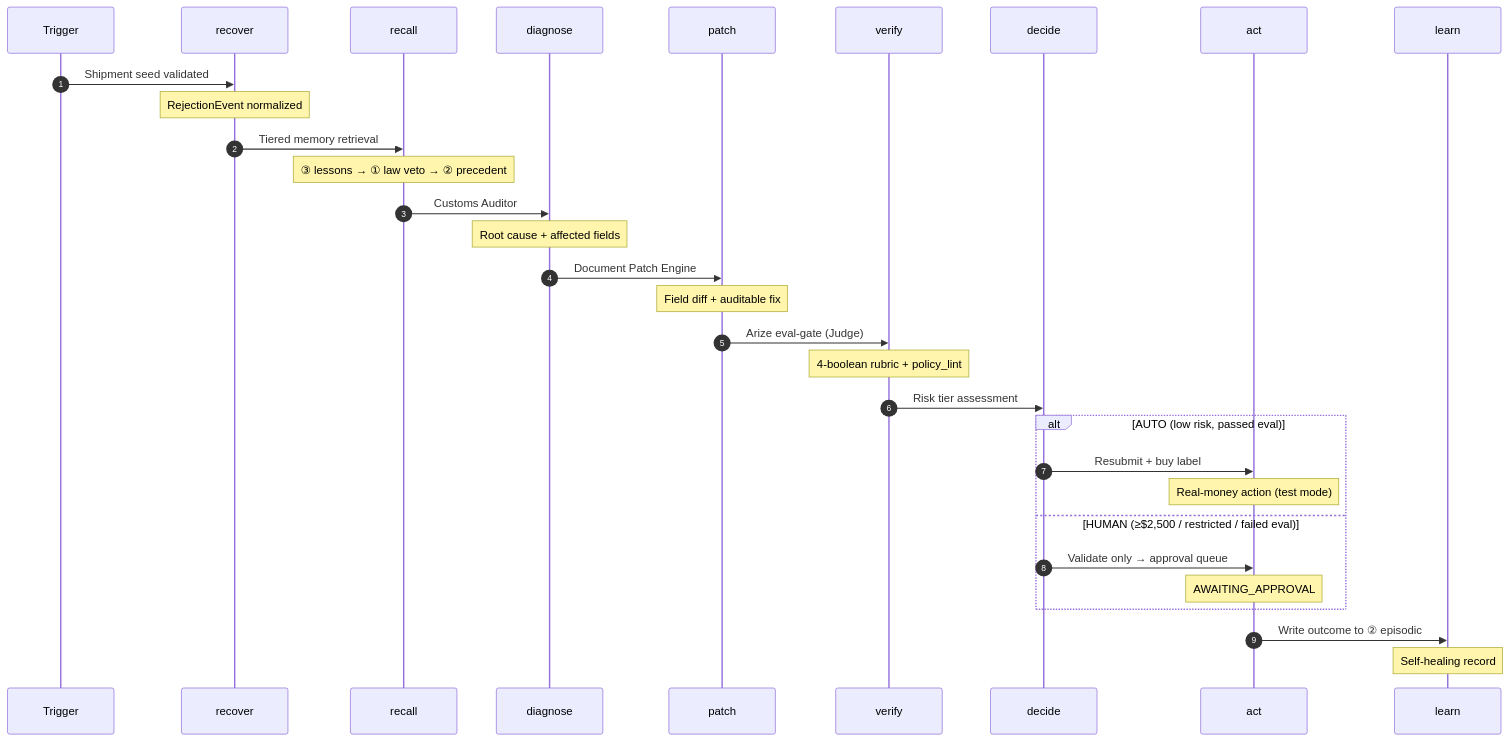
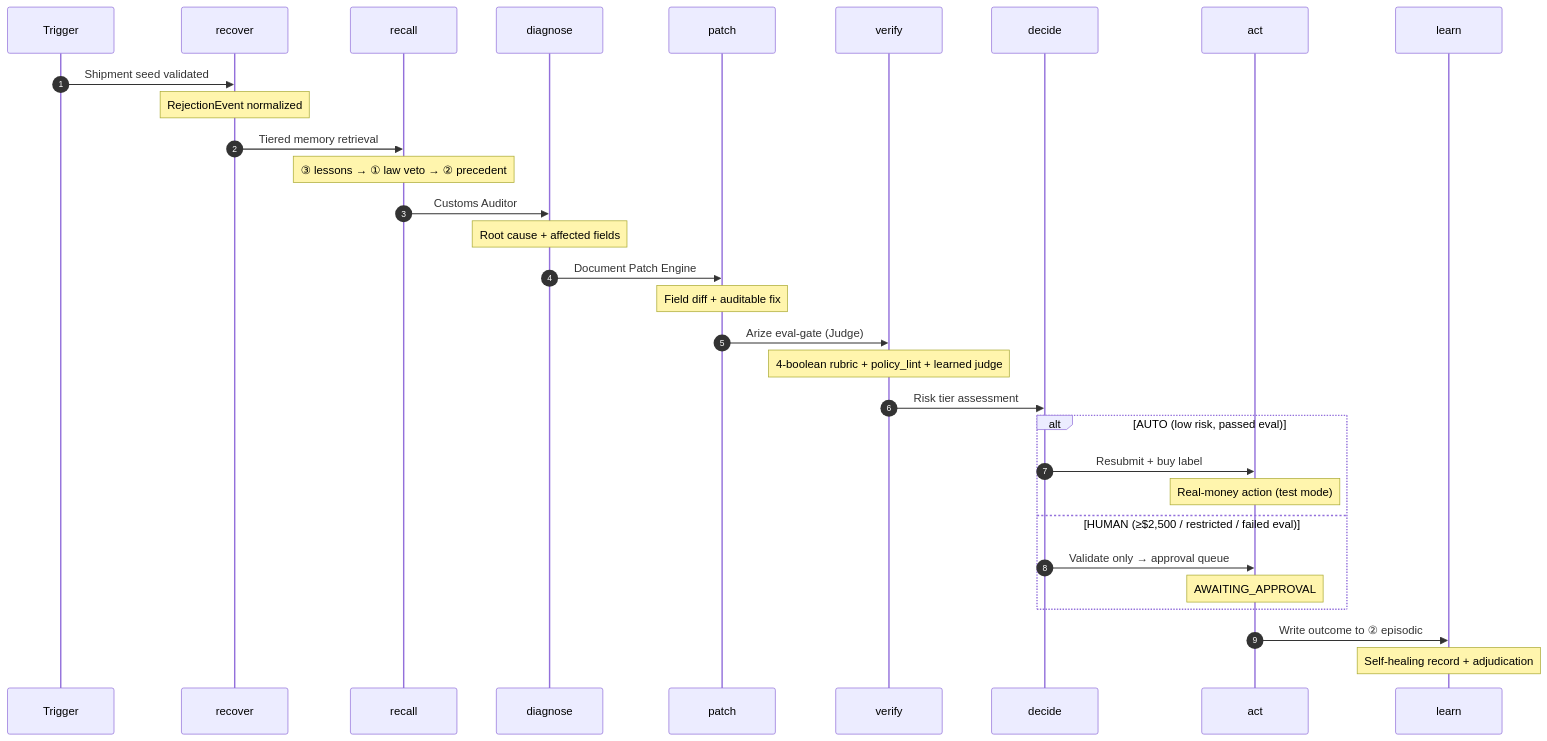
Before and after one commit to akshayavarshinee/mission-sundar-pichai: the second of 8 diagrams in README.md, drawn with Mermaid. The commit also changed other lines of this file, not shown here.

````diff
--- a/README.md
+++ b/README.md
@@ -236,34 +236,34 @@
 ```mermaid
 sequenceDiagram
     autonumber
     participant T as Trigger
     participant R as recover
     participant RC as recall
     participant D as diagnose
     participant P as patch
     participant V as verify
     participant DE as decide
     participant A as act
     participant L as learn
 
     T->>R: Shipment seed validated
     Note over R: RejectionEvent normalized
     R->>RC: Tiered memory retrieval
     Note over RC: ③ lessons → ① law veto → ② precedent
     RC->>D: Customs Auditor
     Note over D: Root cause + affected fields
     D->>P: Document Patch Engine
     Note over P: Field diff + auditable fix
     P->>V: Arize eval-gate (Judge)
-    Note over V: 4-boolean rubric + policy_lint
+    Note over V: 4-boolean rubric + policy_lint + learned judge
     V->>DE: Risk tier assessment
     alt AUTO (low risk, passed eval)
         DE->>A: Resubmit + buy label
         Note over A: Real-money action (test mode)
     else HUMAN (≥$2,500 / restricted / failed eval)
         DE->>A: Validate only → approval queue
         Note over A: AWAITING_APPROVAL
     end
     A->>L: Write outcome to ② episodic
-    Note over L: Self-healing record
+    Note over L: Self-healing record + adjudication
 ```
````
